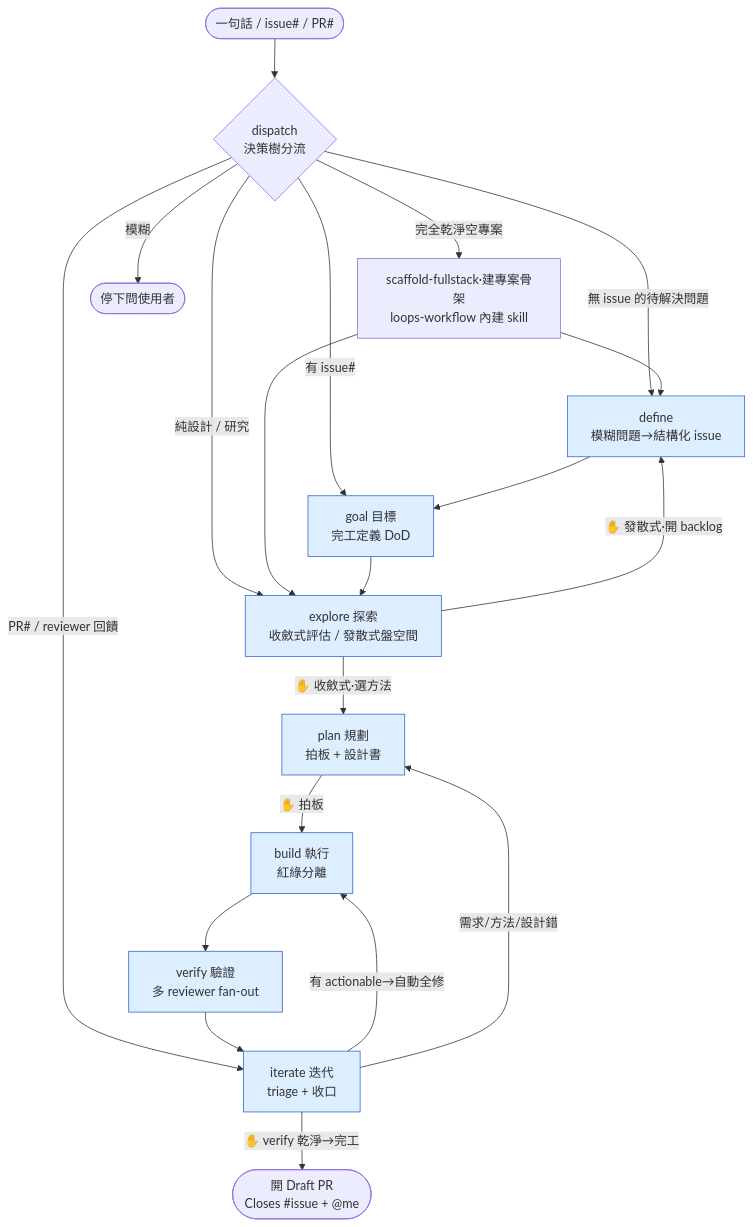
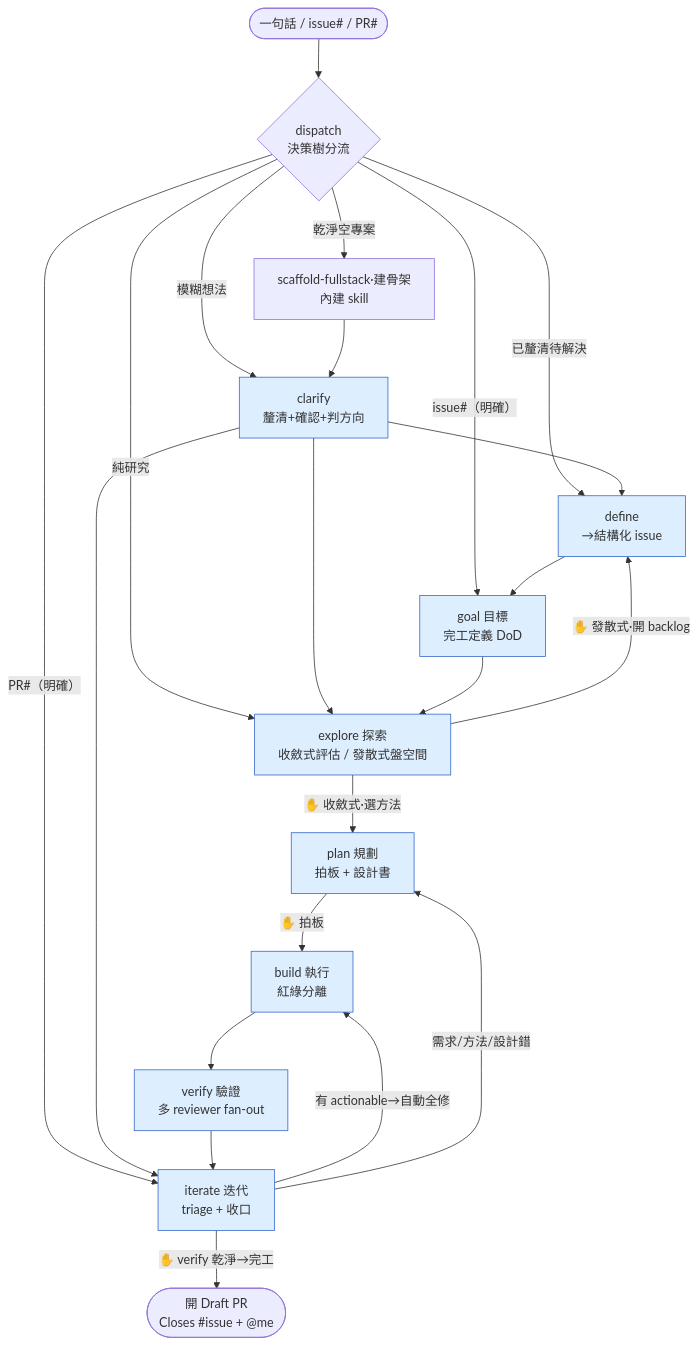
Before and after one commit to adha9990/dev-workflows: the first of 3 diagrams in plugins/loops-workflow/docs/FLOW.md, drawn with Mermaid. The commit also changed other lines of this file and 6 other files, not shown here.

````diff
--- a/plugins/loops-workflow/docs/FLOW.md
+++ b/plugins/loops-workflow/docs/FLOW.md
@@ -11,28 +11,30 @@
 ```mermaid
 flowchart TD
     START([一句話 / issue# / PR#]) --> D{dispatch<br/>決策樹分流}
 
-    D -->|完全乾淨空專案| SC[scaffold-fullstack·建專案骨架<br/>loops-workflow 內建 skill]
-    D -->|有 issue#| G
-    D -->|無 issue 的待解決問題| DEF[define<br/>模糊問題→結構化 issue]
-    D -->|純設計 / 研究| E
-    D -->|PR# / reviewer 回饋| IT
-    D -->|模糊| ASK([停下問使用者])
-    SC --> DEF
-    SC --> E
+    D -->|乾淨空專案| SC[scaffold-fullstack·建骨架<br/>內建 skill]
+    D -->|issue#（明確）| G
+    D -->|PR#（明確）| IT
+    D -->|模糊想法| CL[clarify<br/>釐清+確認+判方向]
+    D -->|已釐清待解決| DEF[define<br/>→結構化 issue]
+    D -->|純研究| E
+    SC --> CL
+    CL --> DEF
+    CL --> E
+    CL --> IT
     DEF --> G
 
     G[goal 目標<br/>完工定義 DoD] --> E[explore 探索<br/>收斂式評估 / 發散式盤空間]
     E -->|✋ 收斂式·選方法| P[plan 規劃<br/>拍板 + 設計書]
     E -->|✋ 發散式·開 backlog| DEF
     P -->|✋ 拍板| B[build 執行<br/>紅綠分離]
     B --> V[verify 驗證<br/>多 reviewer fan-out]
     V --> IT[iterate 迭代<br/>triage + 收口]
 
     IT -->|有 actionable→自動全修| B
     IT -->|需求/方法/設計錯| P
     IT -->|✋ verify 乾淨→完工| SHIP([開 Draft PR<br/>Closes #issue + @me])
 
     classDef stage fill:#def,stroke:#36c
-    class G,E,P,B,V,IT,DEF stage
+    class G,E,P,B,V,IT,DEF,CL stage
 ```
````
